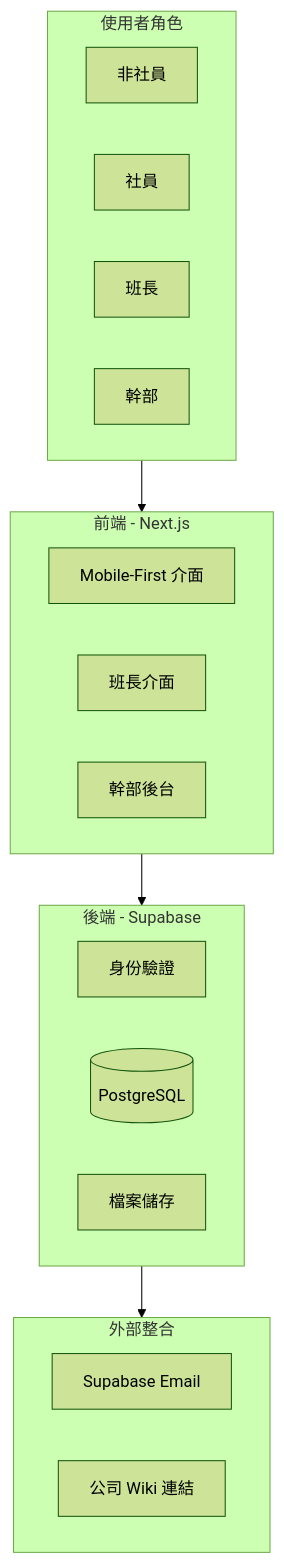
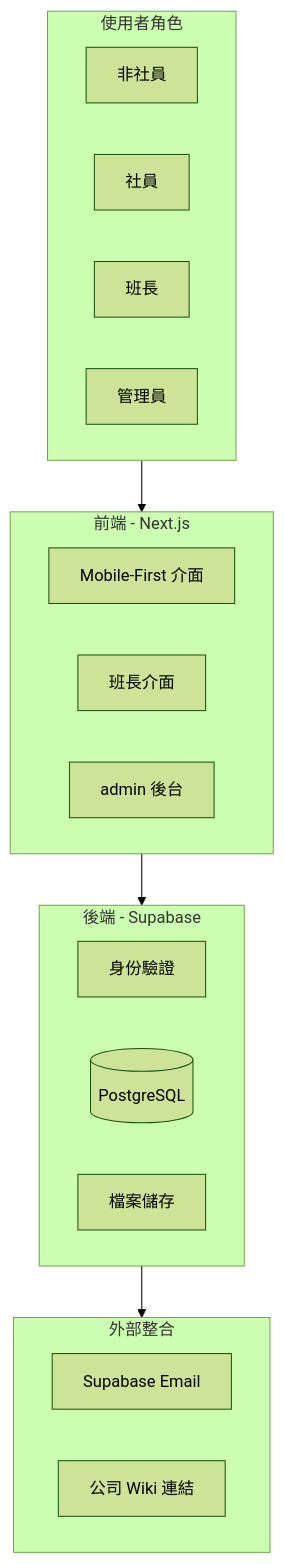
Before and after one commit to howardyclo-tw/ezd_app: the first of 5 diagrams in docs/feature-plan.md, drawn with Mermaid (forest theme). The commit also changed other lines of this file and 19 other files, not shown here.

````diff
--- a/docs/feature-plan.md
+++ b/docs/feature-plan.md
@@ -82,30 +82,30 @@
 ```mermaid
 flowchart TB
     subgraph users [使用者角色]
         NonMember[非社員]
         Member[社員]
         Leader[班長]
-        Staff[幹部]
+        Admin[管理員]
     end
     
     subgraph frontend [前端 - Next.js]
         MobileUI[Mobile-First 介面]
         MonitorDashboard[班長介面]
-        AdminDashboard[幹部後台]
+        AdminDashboard[admin 後台]
     end
     
     subgraph backend [後端 - Supabase]
         Auth[身份驗證]
         Database[(PostgreSQL)]
         Storage[檔案儲存]
     end
     
     subgraph external [外部整合]
         Email[Supabase Email]
         Wiki[公司 Wiki 連結]
     end
     
     users --> frontend
     frontend --> backend
     backend --> external
 ```
````
